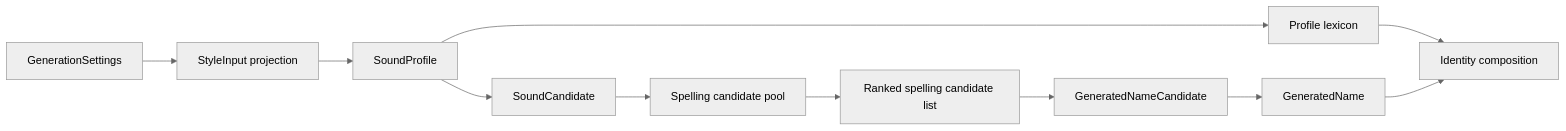
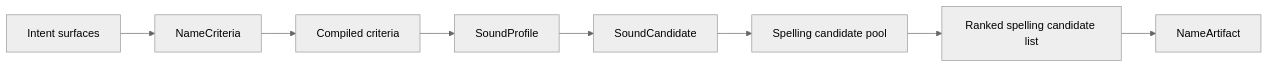
One commit to jaahay/name-forge changed the diagram in docs/architecture.md. Above: the diagram before and after it, drawn with Mermaid (neutral theme). The commit also changed other lines of this file and 12 other files, not shown here.

First line of the commit message:
Document NameRequest criteria model decisions

````diff
--- a/docs/architecture.md
+++ b/docs/architecture.md
@@ -72,13 +105,10 @@
 ```mermaid
 flowchart LR
-  A[GenerationSettings] --> B[StyleInput projection]
-  B --> C[SoundProfile]
-  C --> D[SoundCandidate]
-  D --> E[Spelling candidate pool]
-  E --> F[Ranked spelling candidate list]
-  F --> G[GeneratedNameCandidate]
-  G --> H[GeneratedName]
-  C --> I[Profile lexicon]
-  I --> J[Identity composition]
-  H --> J
+  A[Intent surfaces] --> B[NameCriteria]
+  B --> C[Compiled criteria]
+  C --> D[SoundProfile]
+  D --> E[SoundCandidate]
+  E --> F[Spelling candidate pool]
+  F --> G[Ranked spelling candidate list]
+  G --> H[NameArtifact]
 ```
````
